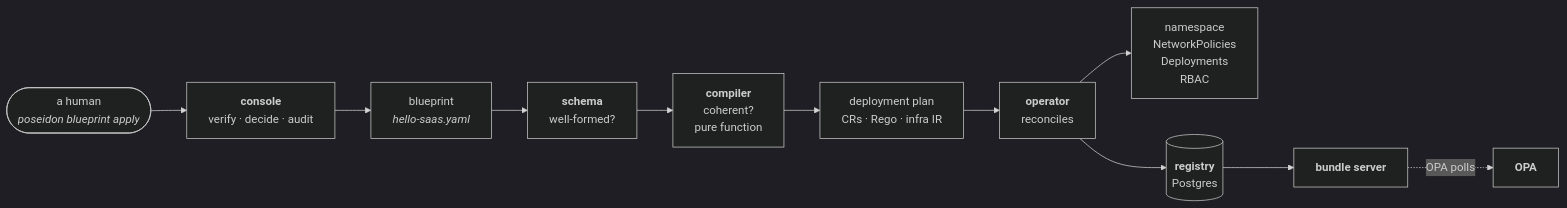
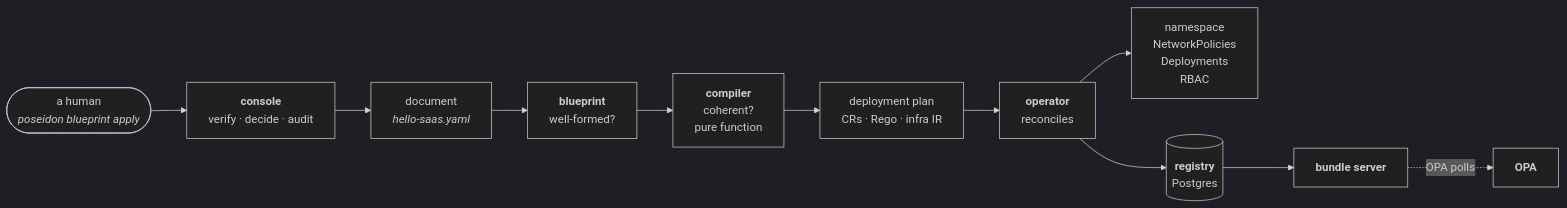
One commit to mathbrus/poseidon-prototype changed the first of 2 diagrams in docs/reference/architecture.md. Above: the diagram before and after it, drawn with Mermaid (dark theme). The commit also changed other lines of this file and 61 other files, not shown here.

Commit message:
rename: the schema package is blueprint; its JSON Schema module is blueprint.schema

````diff
--- a/docs/reference/architecture.md
+++ b/docs/reference/architecture.md
@@ -8,13 +8,13 @@
 ```mermaid
 flowchart LR
     H(["a human<br/><i>poseidon blueprint apply</i>"]) --> CON["<b>console</b><br/>verify · decide · audit"]
-    CON --> BP["blueprint<br/><i>hello-saas.yaml</i>"]
-    BP --> SCH["<b>schema</b><br/>well-formed?"]
+    CON --> BP["document<br/><i>hello-saas.yaml</i>"]
+    BP --> SCH["<b>blueprint</b><br/>well-formed?"]
     SCH --> CMP["<b>compiler</b><br/>coherent?<br/>pure function"]
     CMP --> PLAN["deployment plan<br/>CRs · Rego · infra IR"]
     PLAN --> OP["<b>operator</b><br/>reconciles"]
     OP --> NS["namespace<br/>NetworkPolicies<br/>Deployments<br/>RBAC"]
     OP --> REG[("<b>registry</b><br/>Postgres")]
     REG --> BS["<b>bundle server</b>"]
     BS -.OPA polls.-> OPA["<b>OPA</b>"]
 ```
````
